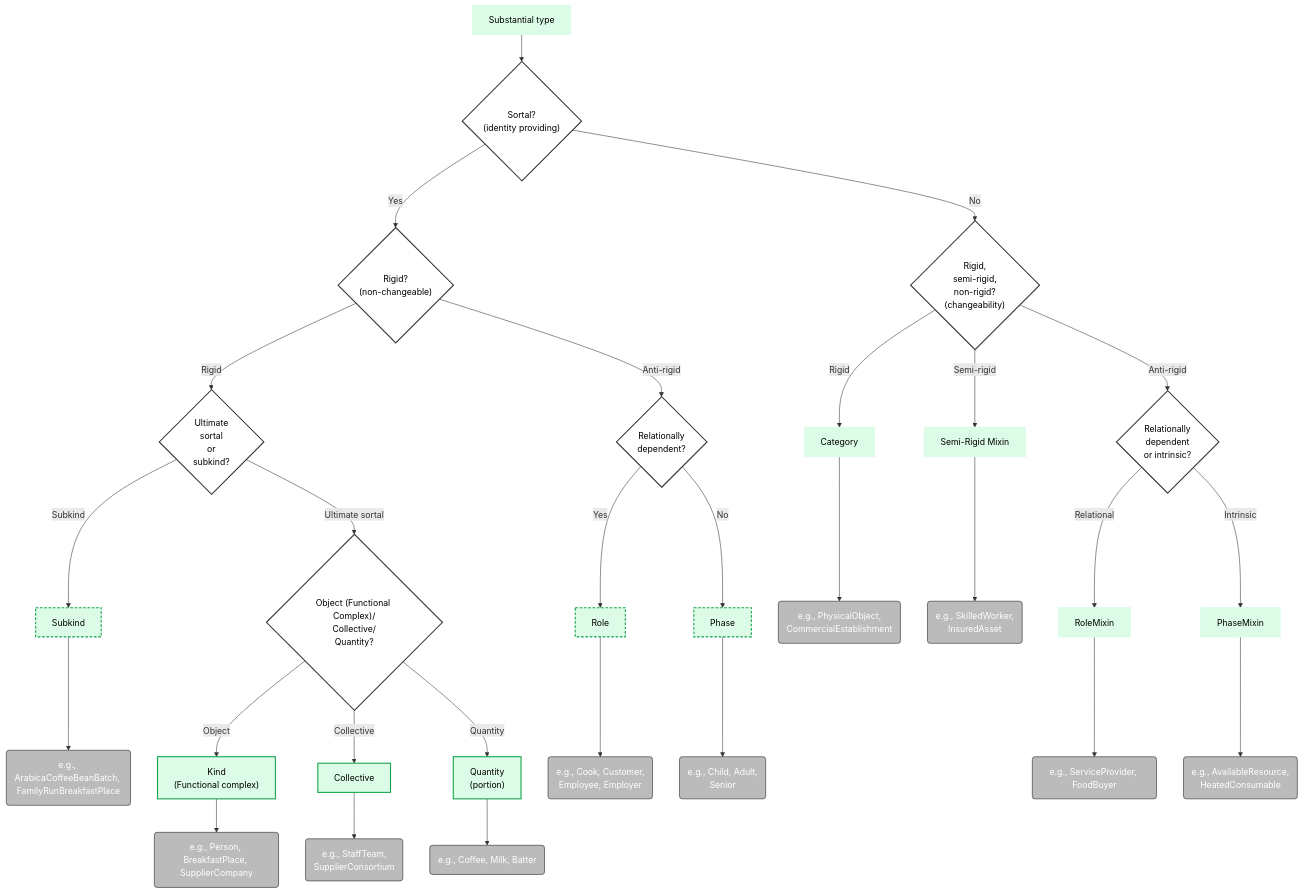
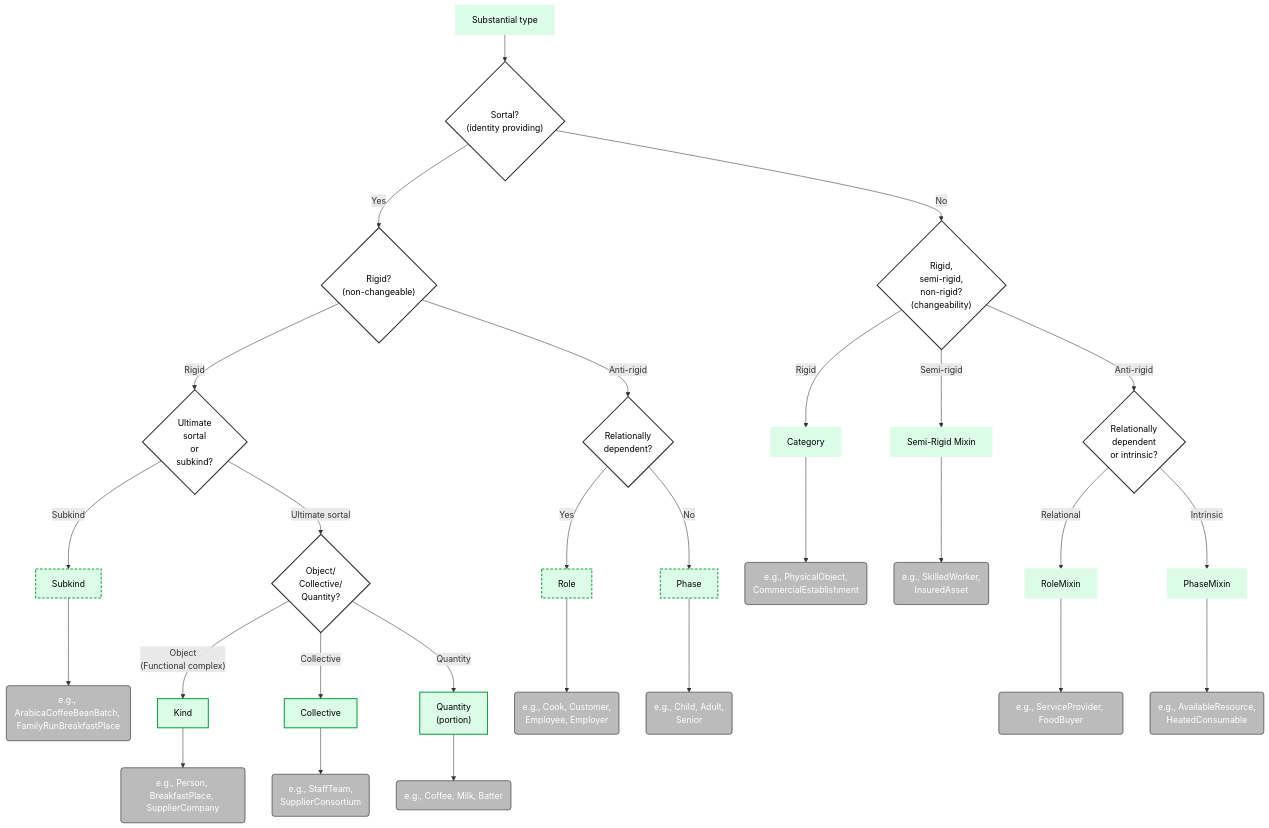
The diagram in decision-tree/02a-Substantial.mermaid (spdrnl/UFO-Modeling-Decision-Tree), drawn with Mermaid before and after one commit. The commit also changed 15 other files, not shown here.

```diff
--- a/decision-tree/02a-Substantial.mermaid
+++ b/decision-tree/02a-Substantial.mermaid
@@ -1,75 +1,75 @@
 flowchart TD
     S0[Substantial type]
 
     %% CONCRETE SUBSTANTIALS
     S0 --> SS{"Sortal?\n(identity providing)"}
 
     SS -->|Yes| S1{"Rigid?\n(non-changeable)"}
     SS -->|No| M_X{"Rigid,\nsemi-rigid,\nnon-rigid?\n(changeability)"}
 
     %% Sortals
     S1 -->|Rigid| RG{Ultimate \nsortal \nor \nsubkind?}
     S1 -->|Anti-rigid| DR{Relationally\ndependent?}
 
     RG -->|Subkind| SK[Subkind]
-    RG -->|Ultimate sortal| US{"Object (Functional Complex)/\nCollective/\nQuantity?"}
-    US -->|Object| KND["Kind\n(Functional complex)"]
+    RG -->|Ultimate sortal| US{"Object/\nCollective/\nQuantity?"}
+    US -->|"Object\n(Functional complex)"| KND["Kind"]
     US -->|Collective| COL[Collective]
     US -->|Quantity| QTY["Quantity\n(portion)"]
 
     DR -->|Yes| RO[Role]
     DR -->|No| PH[Phase]
 
     %% Non-Sortals (Mixins)
     M_X -->|Rigid| CAT[Category]
     M_X -->|Semi-rigid| MIX[Semi-Rigid Mixin]
     M_X -->|Anti-rigid| M_DX{Relationally\ndependent\nor intrinsic?}
 
     M_DX -->|Relational| RMX[RoleMixin]
     M_DX -->|Intrinsic| PMX[PhaseMixin]
 
     %% EXAMPLE BOXES + LINKS
     KND_ex("e.g., Person, BreakfastPlace, \nSupplierCompany"):::example
     KND --> KND_ex
 
     SK_ex("e.g., ArabicaCoffeeBeanBatch, \nFamilyRunBreakfastPlace"):::example
     SK --> SK_ex
 
     COL_ex("e.g., StaffTeam, \nSupplierConsortium"):::example
     COL --> COL_ex
 
     QTY_ex("e.g., Coffee, Milk, Batter"):::example
     QTY --> QTY_ex
 
     CAT_ex("e.g., PhysicalObject, \nCommercialEstablishment"):::example
     CAT --> CAT_ex
 
     MIX_ex("e.g., SkilledWorker, \nInsuredAsset"):::example
     MIX --> MIX_ex
 
     RMX_ex("e.g., ServiceProvider, FoodBuyer"):::example
     RMX --> RMX_ex
 
     PMX_ex("e.g., AvailableResource, \nHeatedConsumable"):::example
     PMX --> PMX_ex
 
     RO_ex("e.g., Cook, Customer, \nEmployee, Employer"):::example
     RO --> RO_ex
 
     PH_ex("e.g., Child, Adult, \nSenior"):::example
     PH --> PH_ex
 
     %% CLASSES
     classDef example fill:#BBBBBB,stroke:#111827,stroke-width:1px,color:#ffffff;
     classDef generic fill:#ffffff,stroke:#333,stroke-width:2px,color:#000;
     classDef substantial fill:#dcfce7,stroke:#dcfce7,stroke-width:2px,color:#000;
     classDef substantialId fill:#dcfce7,stroke:#16a34a,stroke-width:2px,color:#000;
     classDef substantialNonId fill:#dcfce7,stroke:#16a34a,stroke-width:2px,stroke-dasharray: 5 3,color:#000;
 
     %% generic / neutral nodes
     class SS,S1,M_X,RG,US,DR,M_SR,M_DX generic;
 
     %% substantial subtree colors
     class KND,COL,QTY substantialId;
     class SK,RO,PH substantialNonId;
     class S0,CAT,RMX,PMX,MIX substantial;
```
